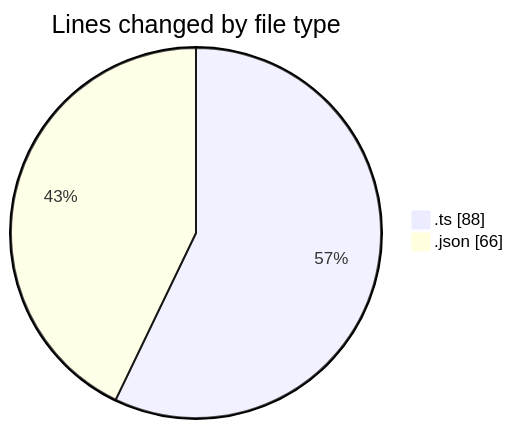
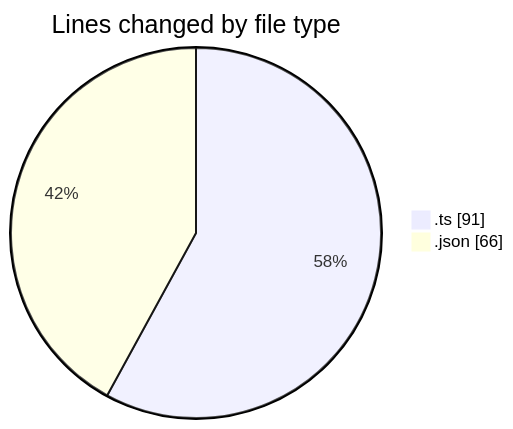
One commit to tmsrecording-cyber/code-tracking changed the first of 2 diagrams in 2026-02-05/singularitybrainai/README.md. Above: the diagram before and after it, drawn with Mermaid. The commit also changed other lines of this file and 1 other file, not shown here.

````diff
--- a/2026-02-05/singularitybrainai/README.md
+++ b/2026-02-05/singularitybrainai/README.md
@@ -21,6 +21,6 @@
 ```mermaid
 pie showData
 title Lines changed by file type
-".ts" : 88
+".ts" : 91
 ".json" : 66
 ```
````
